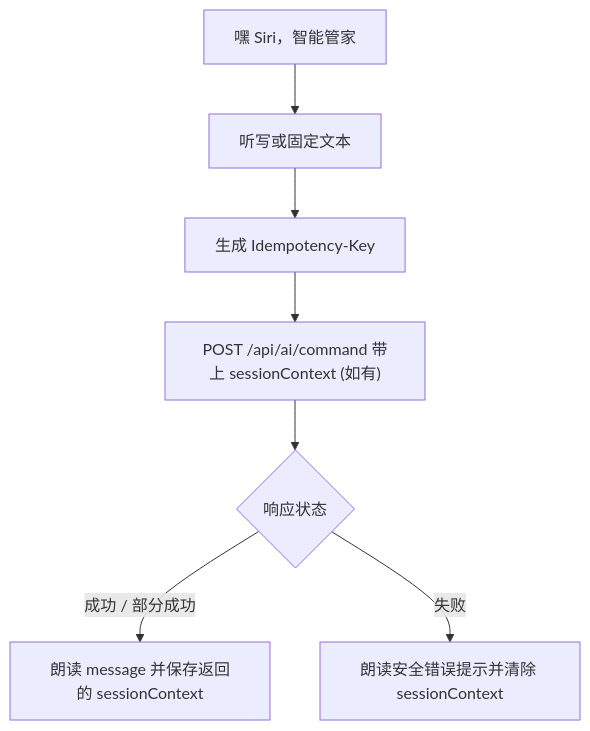
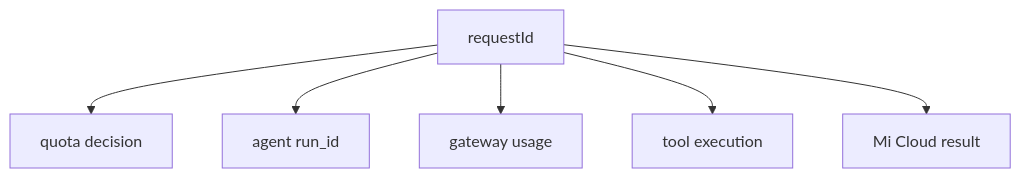
Before and after one commit to zhangys10/mijia-web-console: diagram 13 of 14 in docs/ai-home-poc-design.md, drawn with Mermaid. The commit also changed other lines of this file, not shown here.

Commit message:
docs: redesign AI Home around Makers Agent gateway

````diff
--- a/docs/ai-home-poc-design.md
+++ b/docs/ai-home-poc-design.md
@@ -863,9 +447,8 @@
 ```mermaid
 flowchart TD
-    A["嘿 Siri，智能管家"] --> B["听写或固定文本"]
-    B --> C["生成 Idempotency-Key"]
-    C --> D["POST /api/ai/command 带上 sessionContext (如有)"]
-    D --> E{"响应状态"}
-    E -- 成功 / 部分成功 --> F["朗读 message 并保存返回的 sessionContext"]
-    E -- 失败 --> G["朗读安全错误提示并清除 sessionContext"]
+    R["requestId"] --> Q["quota decision"]
+    R --> A["agent run_id"]
+    R --> G["gateway usage"]
+    R --> T["tool execution"]
+    R --> M["Mi Cloud result"]
 ```
````
